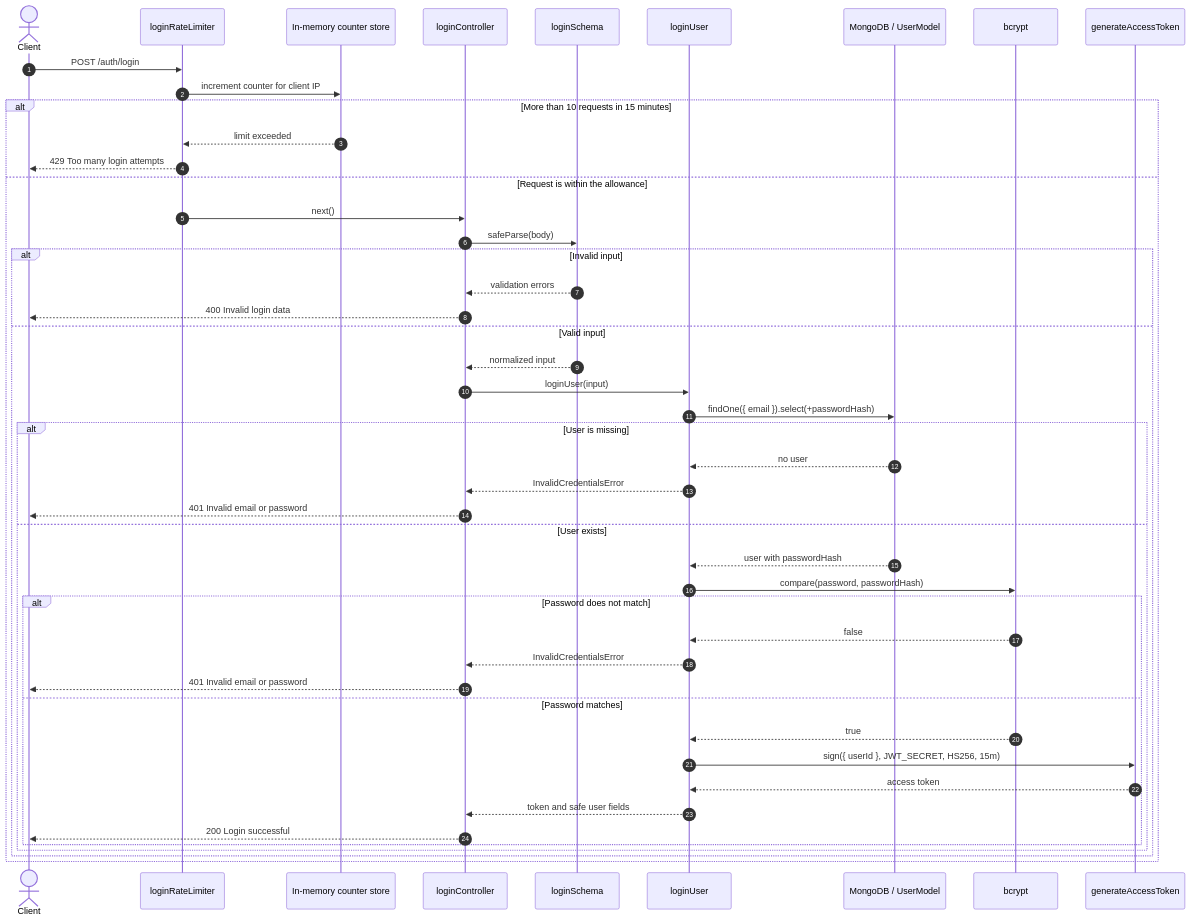
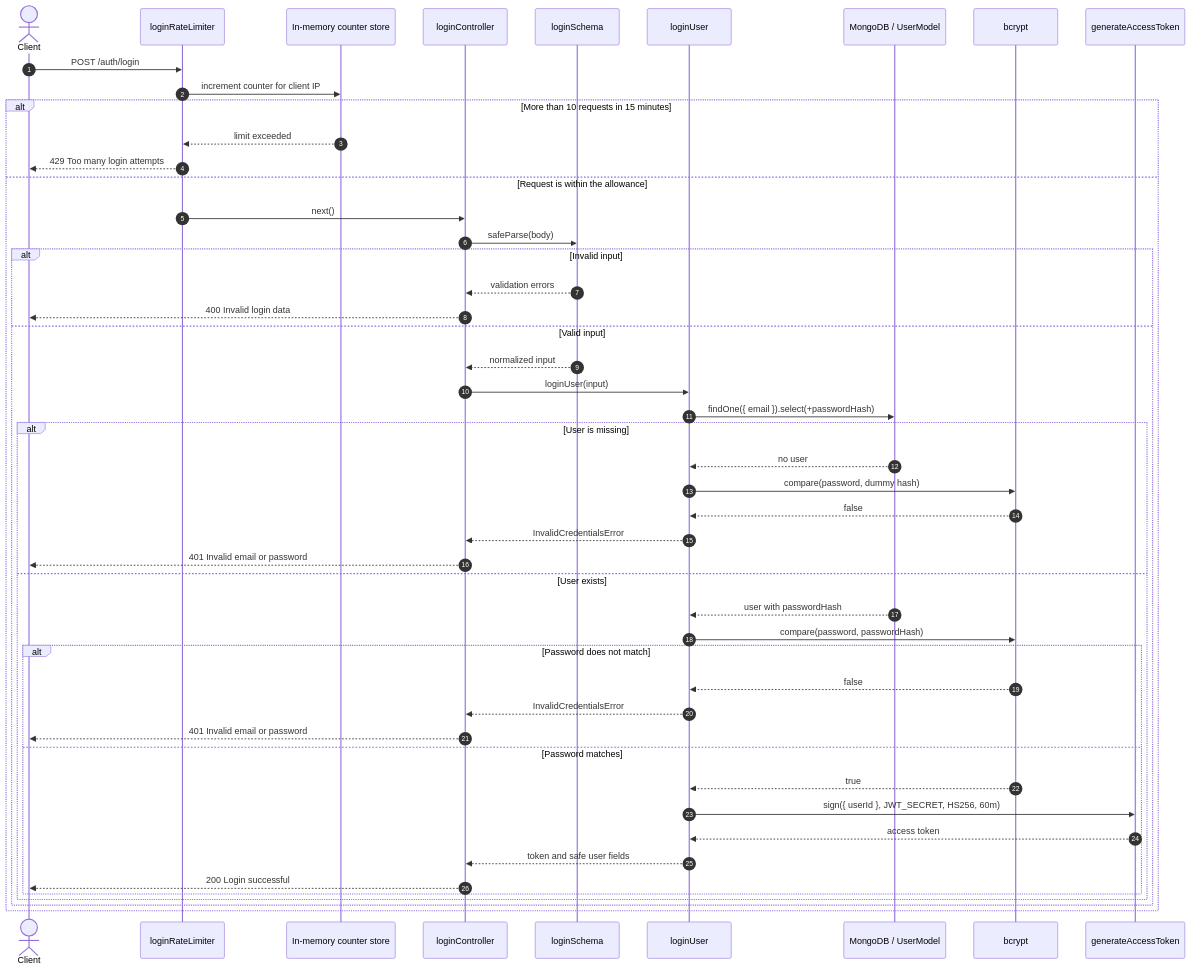
The third of 4 diagrams in docs/architecture/authentication.md (Rithvik911/Poolr), drawn with Mermaid before and after one commit. The commit also changed other lines of this file and 7 other files, not shown here.

````diff
--- a/docs/architecture/authentication.md
+++ b/docs/architecture/authentication.md
@@ -93,50 +93,52 @@
 ```mermaid
 sequenceDiagram
     autonumber
     actor Client
     participant Limiter as loginRateLimiter
     participant Store as In-memory counter store
     participant Controller as loginController
     participant Schema as loginSchema
     participant Service as loginUser
     participant Mongo as MongoDB / UserModel
     participant Bcrypt as bcrypt
     participant JWT as generateAccessToken
 
     Client->>Limiter: POST /auth/login
     Limiter->>Store: increment counter for client IP
     alt More than 10 requests in 15 minutes
         Store-->>Limiter: limit exceeded
         Limiter-->>Client: 429 Too many login attempts
     else Request is within the allowance
         Limiter->>Controller: next()
         Controller->>Schema: safeParse(body)
         alt Invalid input
             Schema-->>Controller: validation errors
             Controller-->>Client: 400 Invalid login data
         else Valid input
             Schema-->>Controller: normalized input
             Controller->>Service: loginUser(input)
             Service->>Mongo: findOne({ email }).select(+passwordHash)
             alt User is missing
                 Mongo-->>Service: no user
+                Service->>Bcrypt: compare(password, dummy hash)
+                Bcrypt-->>Service: false
                 Service-->>Controller: InvalidCredentialsError
                 Controller-->>Client: 401 Invalid email or password
             else User exists
                 Mongo-->>Service: user with passwordHash
                 Service->>Bcrypt: compare(password, passwordHash)
                 alt Password does not match
                     Bcrypt-->>Service: false
                     Service-->>Controller: InvalidCredentialsError
                     Controller-->>Client: 401 Invalid email or password
                 else Password matches
                     Bcrypt-->>Service: true
-                    Service->>JWT: sign({ userId }, JWT_SECRET, HS256, 15m)
+                    Service->>JWT: sign({ userId }, JWT_SECRET, HS256, 60m)
                     JWT-->>Service: access token
                     Service-->>Controller: token and safe user fields
                     Controller-->>Client: 200 Login successful
                 end
             end
         end
     end
 ```
````
